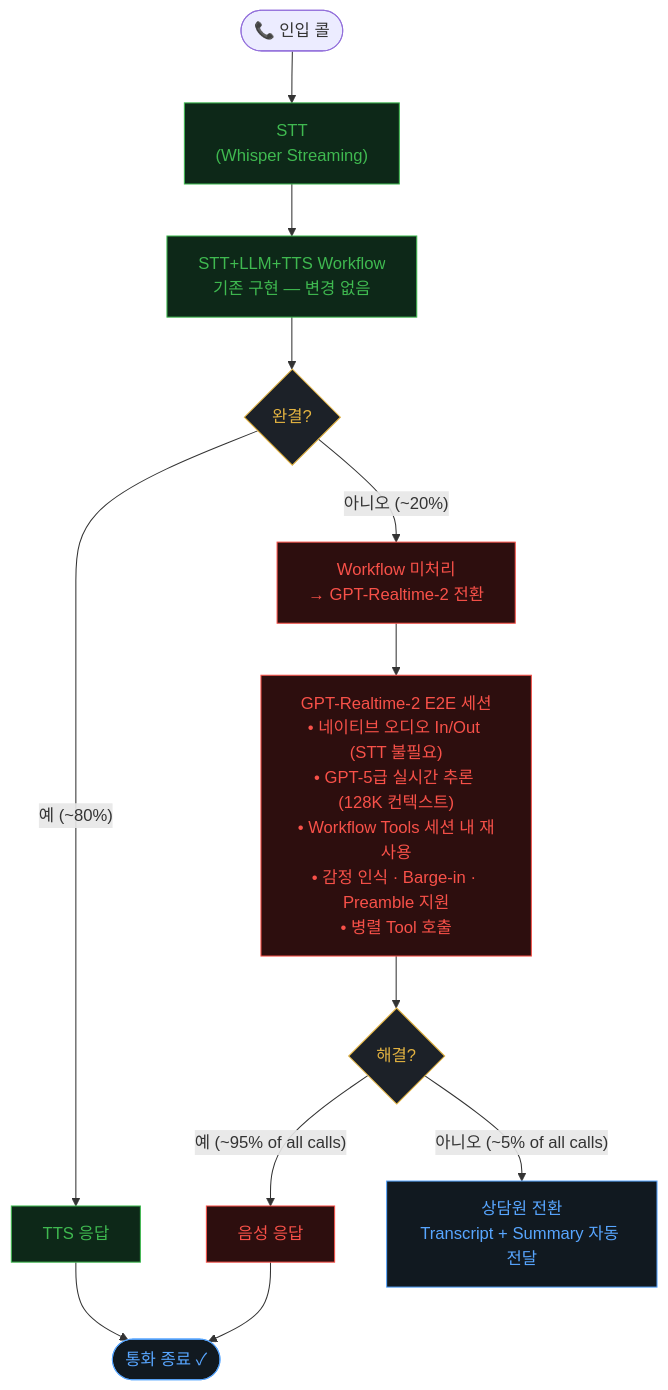
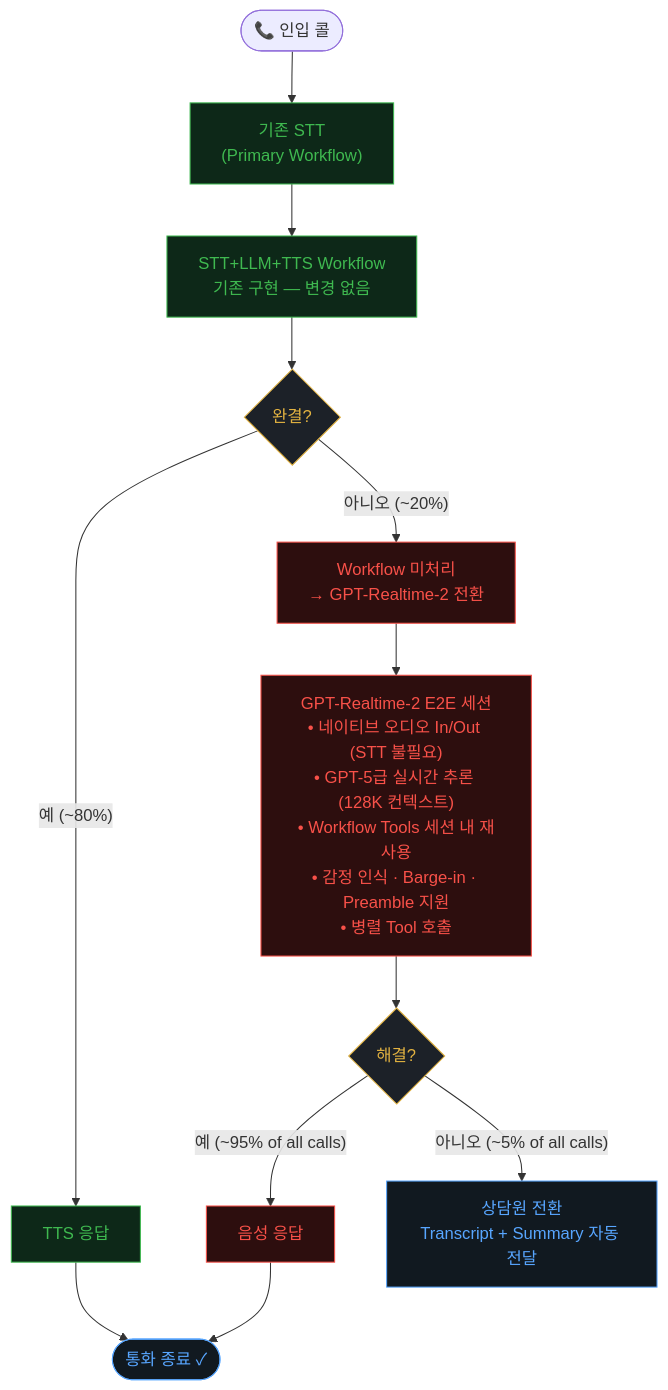
One commit to bskim/gpt-realtime-2-livedemo changed the diagram in README.md. Above: the diagram before and after it, drawn with Mermaid. The commit also changed other lines of this file and 16 other files, not shown here.

````diff
--- a/README.md
+++ b/README.md
@@ -185,28 +237,28 @@
 ```mermaid
 flowchart TD
-    A([📞 인입 콜]) --> B["STT\n(Whisper Streaming)"]
+    A([📞 인입 콜]) --> B["기존 STT\n(Primary Workflow)"]
     B --> C["STT+LLM+TTS Workflow\n기존 구현 — 변경 없음"]
     C --> D{"완결?"}
 
     D -- "예 (~80%)" --> E[TTS 응답]
     E --> Z([통화 종료 ✓])
 
     D -- "아니오 (~20%)" --> F["Workflow 미처리\n→ GPT-Realtime-2 전환"]
     F --> G["GPT-Realtime-2 E2E 세션\n• 네이티브 오디오 In/Out (STT 불필요)\n• GPT-5급 실시간 추론 (128K 컨텍스트)\n• Workflow Tools 세션 내 재사용\n• 감정 인식 · Barge-in · Preamble 지원\n• 병렬 Tool 호출"]
     G --> H{"해결?"}
 
     H -- "예 (~95% of all calls)" --> I[음성 응답]
     I --> Z
 
     H -- "아니오 (~5% of all calls)" --> J["상담원 전환\nTranscript + Summary 자동 전달"]
 
     classDef primary fill:#0d2818,stroke:#3fb950,color:#3fb950
     classDef rt2     fill:#2d0e0e,stroke:#f85149,color:#f85149
     classDef term    fill:#111920,stroke:#58a6ff,color:#58a6ff
     classDef gate    fill:#1c2128,stroke:#e3b341,color:#e3b341
 
     class B,C,E primary
     class F,G,I rt2
     class Z,J term
     class D,H gate
 ```
````
